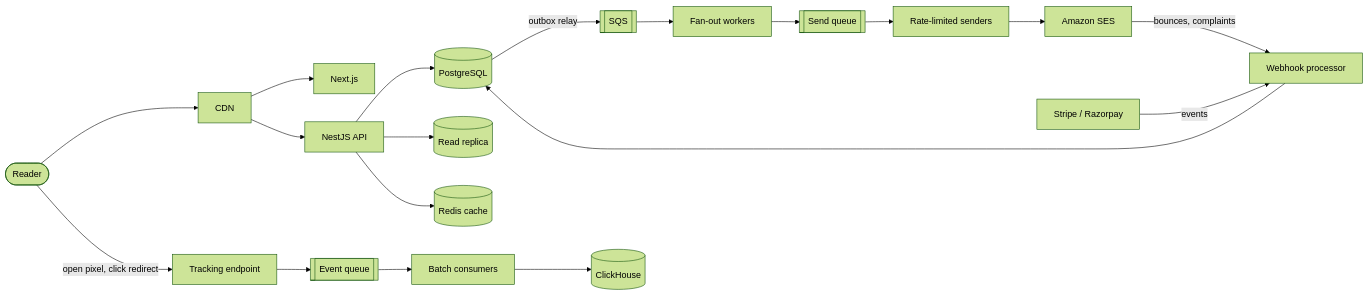
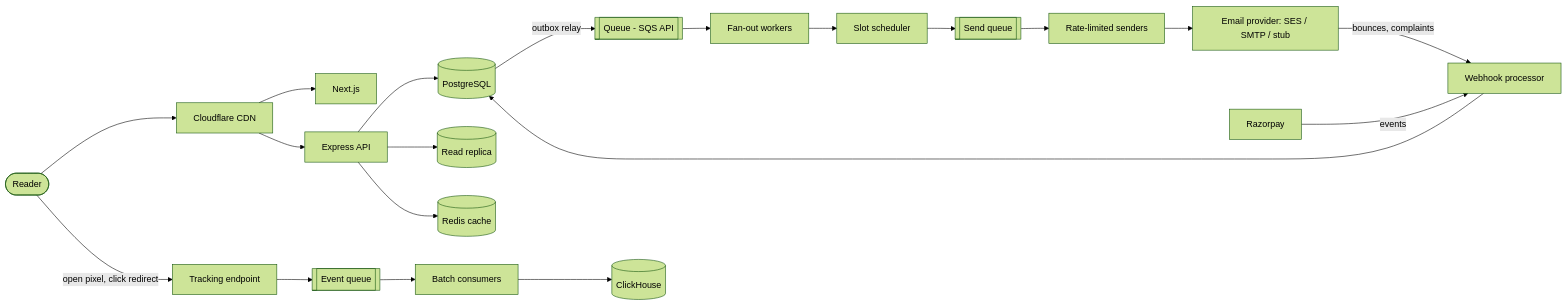
One commit to Dumbsham/Vichaar changed the first of 2 diagrams in README.md. Above: the diagram before and after it, drawn with Mermaid (forest theme). The commit also changed other lines of this file and 15 other files, not shown here.

````diff
--- a/README.md
+++ b/README.md
@@ -41,25 +68,26 @@
 ```mermaid
 flowchart LR
-    Reader([Reader]) --> CDN[CDN]
+    Reader([Reader]) --> CDN[Cloudflare CDN]
     CDN --> Web[Next.js]
-    CDN --> API[NestJS API]
+    CDN --> API[Express API]
 
     API --> PG[(PostgreSQL)]
     API --> Replica[(Read replica)]
     API --> Redis[(Redis cache)]
-    PG -->|outbox relay| Q[[SQS]]
+    PG -->|outbox relay| Q[[Queue - SQS API]]
 
     Q --> Fanout[Fan-out workers]
-    Fanout --> SendQ[[Send queue]]
+    Fanout --> Sched[Slot scheduler]
+    Sched --> SendQ[[Send queue]]
     SendQ --> Sender[Rate-limited senders]
-    Sender --> SES[Amazon SES]
+    Sender --> Email[Email provider: SES / SMTP / stub]
 
-    SES -->|bounces, complaints| Hooks[Webhook processor]
-    Billing[Stripe / Razorpay] -->|events| Hooks
+    Email -->|bounces, complaints| Hooks[Webhook processor]
+    Razorpay[Razorpay] -->|events| Hooks
     Hooks --> PG
 
     Reader -->|open pixel, click redirect| Edge[Tracking endpoint]
     Edge --> EventQ[[Event queue]]
     EventQ --> Consumer[Batch consumers]
     Consumer --> CH[(ClickHouse)]
 ```
````
